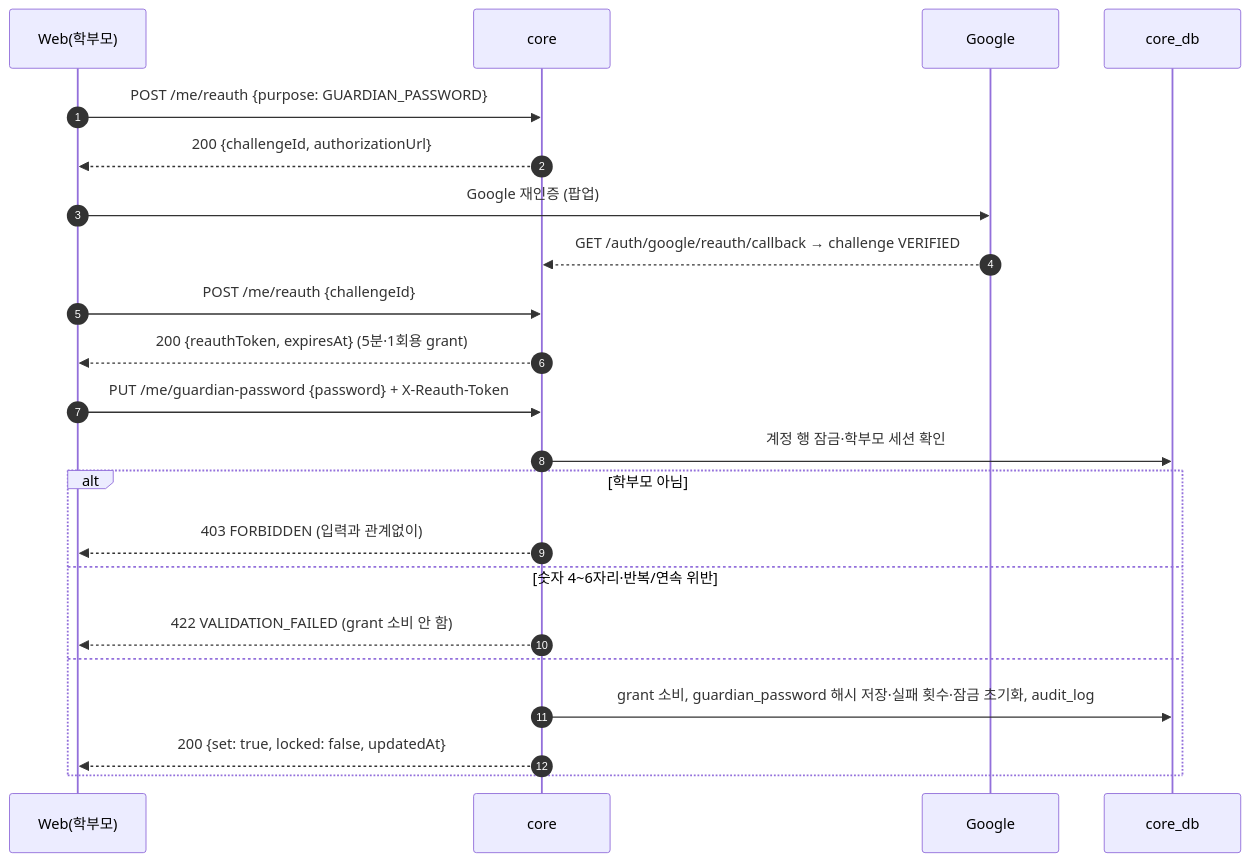
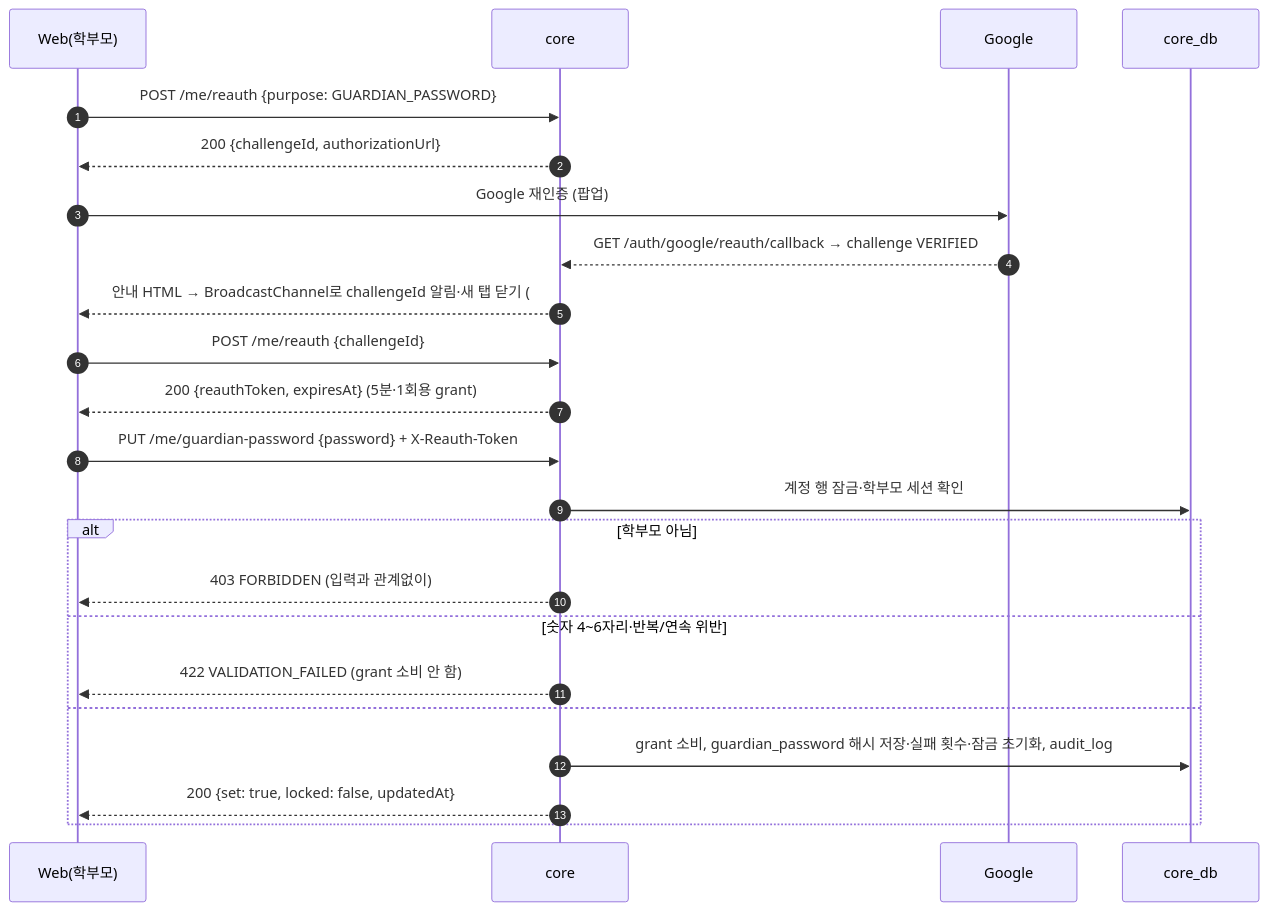
One commit to SKNETWORKS-FAMILY-AICAMP/SKN34-FINAL-3TEAM changed the sixth of 34 diagrams in docs/design/sequence-diagram.md. Above: the diagram before and after it, drawn with Mermaid. The commit also changed 11 other files, not shown here.

````diff
--- a/docs/design/sequence-diagram.md
+++ b/docs/design/sequence-diagram.md
@@ -192,25 +192,26 @@
 ```mermaid
 sequenceDiagram
   autonumber
   participant W as Web(학부모)
   participant C as core
   participant G as Google
   participant DB as core_db
 
   W->>C: POST /me/reauth {purpose: GUARDIAN_PASSWORD}
   C-->>W: 200 {challengeId, authorizationUrl}
   W->>G: Google 재인증 (팝업)
   G-->>C: GET /auth/google/reauth/callback → challenge VERIFIED
+  C-->>W: 안내 HTML → BroadcastChannel로 challengeId 알림·새 탭 닫기 (#425)
   W->>C: POST /me/reauth {challengeId}
   C-->>W: 200 {reauthToken, expiresAt} (5분·1회용 grant)
   W->>C: PUT /me/guardian-password {password} + X-Reauth-Token
   C->>DB: 계정 행 잠금·학부모 세션 확인
   alt 학부모 아님
     C-->>W: 403 FORBIDDEN (입력과 관계없이)
   else 숫자 4~6자리·반복/연속 위반
     C-->>W: 422 VALIDATION_FAILED (grant 소비 안 함)
   else
     C->>DB: grant 소비, guardian_password 해시 저장·실패 횟수·잠금 초기화, audit_log
     C-->>W: 200 {set: true, locked: false, updatedAt}
   end
 ```
````
